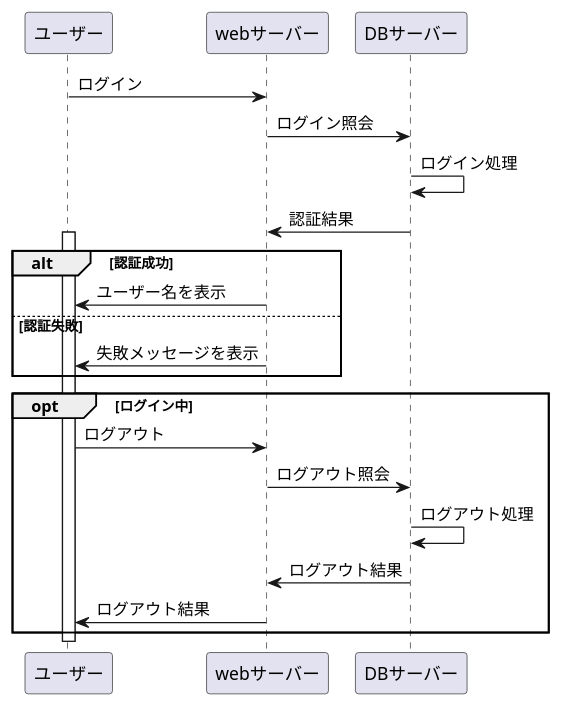
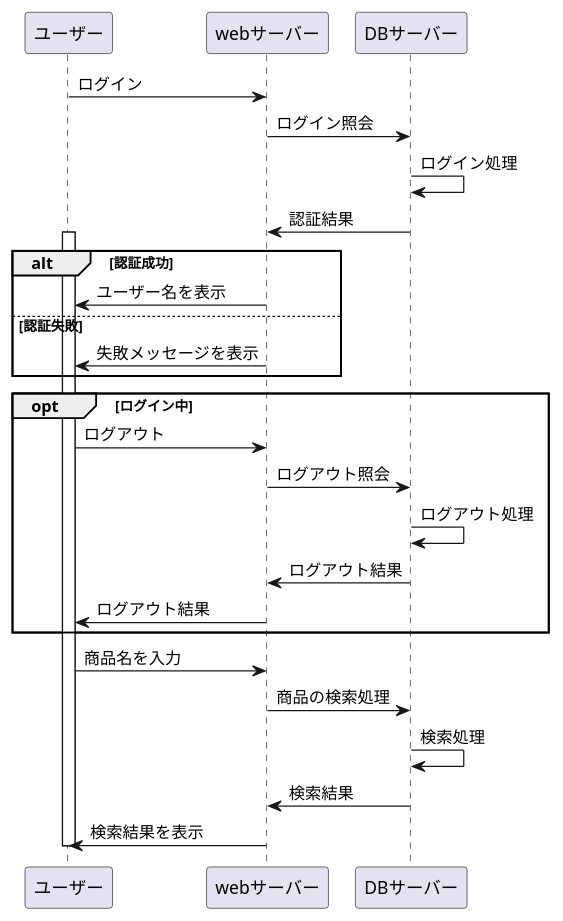
Before and after one commit to Aso2001019/2021sys-design: the diagram in kadai8.md, drawn with PlantUML.

````diff
--- a/kadai8.md
+++ b/kadai8.md
@@ -1,30 +1,36 @@
 ```uml
 @startuml
 ユーザー -> webサーバー : ログイン
 webサーバー -> DBサーバー : ログイン照会
 DBサーバー -> DBサーバー : ログイン処理
 DBサーバー -> webサーバー : 認証結果
 
 activate ユーザー
 
 alt 認証成功
 webサーバー -> ユーザー : ユーザー名を表示
 
 else 認証失敗
 webサーバー -> ユーザー : 失敗メッセージを表示
 
 end
 
 opt ログイン中
 
 ユーザー -> webサーバー : ログアウト
 webサーバー -> DBサーバー : ログアウト照会
 DBサーバー -> DBサーバー : ログアウト処理
 DBサーバー -> webサーバー : ログアウト結果
 webサーバー -> ユーザー : ログアウト結果
 
 end
 
+ユーザー -> webサーバー : 商品名を入力
+webサーバー -> DBサーバー : 商品の検索処理
+DBサーバー -> DBサーバー : 検索処理
+DBサーバー -> webサーバー : 検索結果
+webサーバー -> ユーザー : 検索結果を表示
+
 deactivate ユーザー
 @enduml
 ```
````
